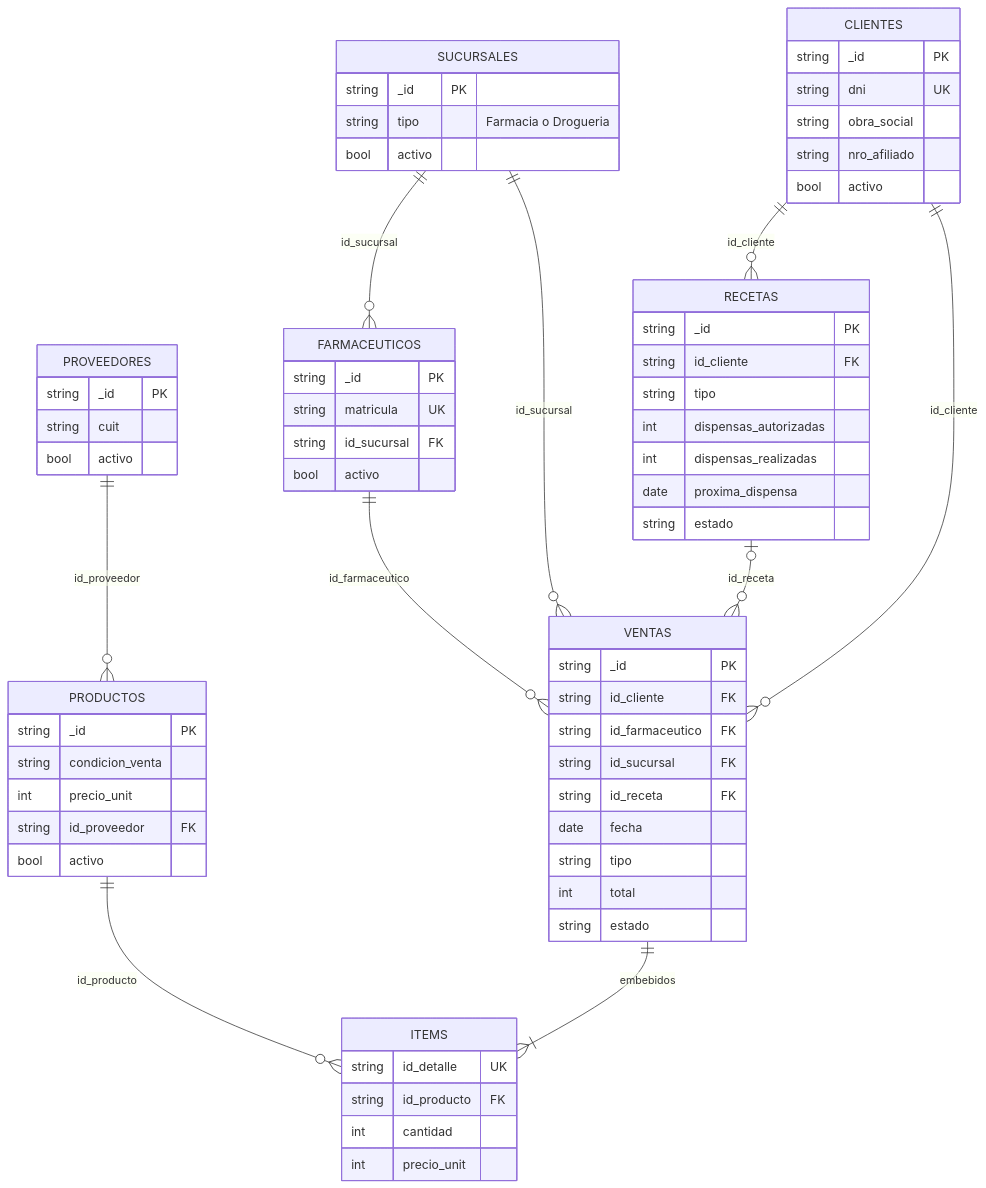
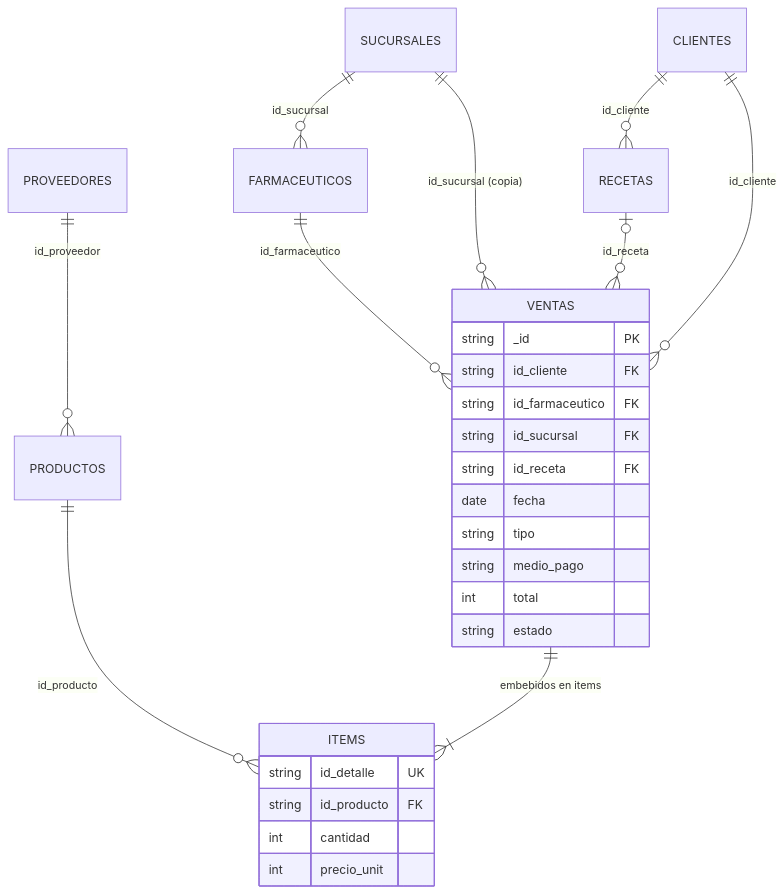
Before and after one commit to franciscocostaa/TPO-BD2: the second of 4 diagrams in docs/informe.md, drawn with Mermaid. The commit also changed other lines of this file and 1 other file, not shown here.

````diff
--- a/docs/informe.md
+++ b/docs/informe.md
@@ -116,69 +114,30 @@
 ```mermaid
 erDiagram
     PROVEEDORES ||--o{ PRODUCTOS : "id_proveedor"
     SUCURSALES ||--o{ FARMACEUTICOS : "id_sucursal"
     CLIENTES ||--o{ RECETAS : "id_cliente"
     CLIENTES ||--o{ VENTAS : "id_cliente"
     FARMACEUTICOS ||--o{ VENTAS : "id_farmaceutico"
-    SUCURSALES ||--o{ VENTAS : "id_sucursal"
+    SUCURSALES ||--o{ VENTAS : "id_sucursal (copia)"
     RECETAS |o--o{ VENTAS : "id_receta"
-    VENTAS ||--|{ ITEMS : "embebidos"
+    VENTAS ||--|{ ITEMS : "embebidos en items"
     PRODUCTOS ||--o{ ITEMS : "id_producto"
-
-    CLIENTES {
-        string _id PK
-        string dni UK
-        string obra_social
-        string nro_afiliado
-        bool activo
-    }
-    SUCURSALES {
-        string _id PK
-        string tipo "Farmacia o Drogueria"
-        bool activo
-    }
-    FARMACEUTICOS {
-        string _id PK
-        string matricula UK
-        string id_sucursal FK
-        bool activo
-    }
-    PROVEEDORES {
-        string _id PK
-        string cuit
-        bool activo
-    }
-    PRODUCTOS {
-        string _id PK
-        string condicion_venta
-        int precio_unit
-        string id_proveedor FK
-        bool activo
-    }
-    RECETAS {
-        string _id PK
-        string id_cliente FK
-        string tipo
-        int dispensas_autorizadas
-        int dispensas_realizadas
-        date proxima_dispensa
-        string estado
-    }
     VENTAS {
         string _id PK
         string id_cliente FK
         string id_farmaceutico FK
         string id_sucursal FK
         string id_receta FK
         date fecha
         string tipo
+        string medio_pago
         int total
         string estado
     }
     ITEMS {
         string id_detalle UK
         string id_producto FK
         int cantidad
         int precio_unit
     }
 ```
````
